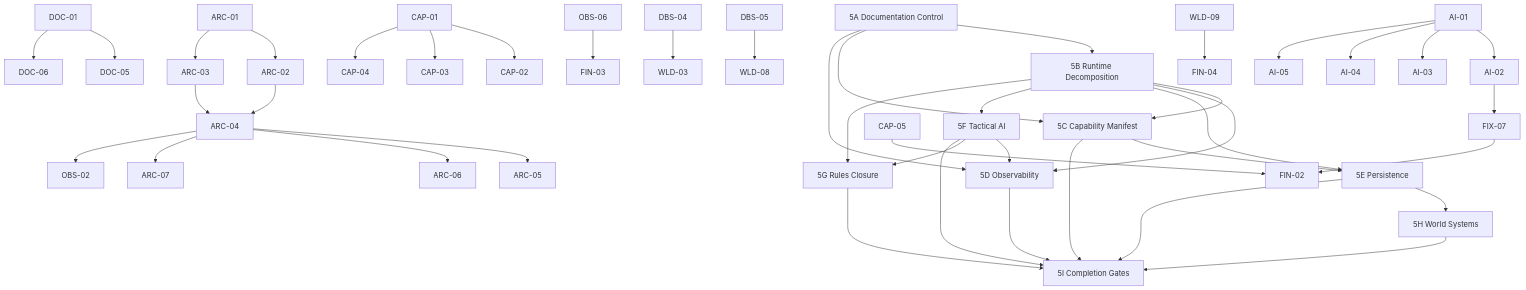
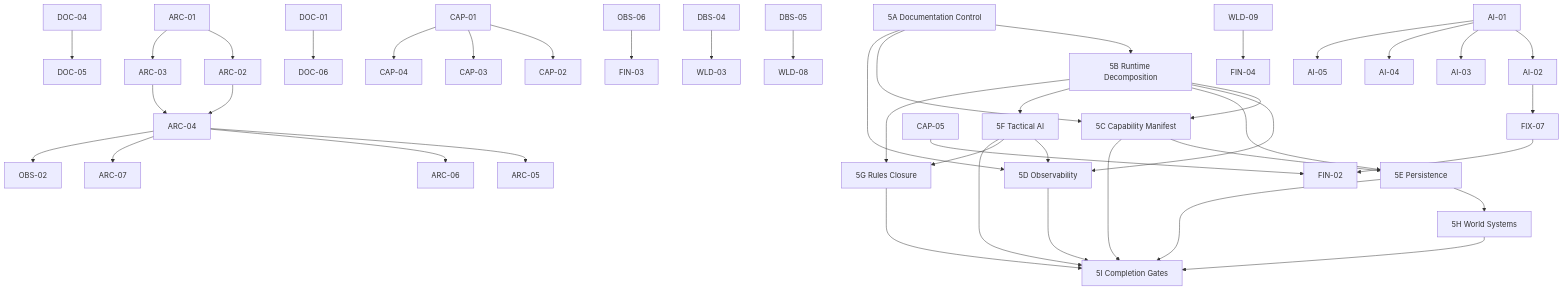
Before and after one commit to rputnam0/dnd_sim: the diagram in docs/program/dependency_graph.mmd, drawn with Mermaid. The commit also changed 2 other files, not shown here.

```diff
--- a/docs/program/dependency_graph.mmd
+++ b/docs/program/dependency_graph.mmd
@@ -1,52 +1,52 @@
 graph TD
     DOC[5A Documentation Control]
     ARC[5B Runtime Decomposition]
     CAP[5C Capability Manifest]
     OBS[5D Observability]
     DBS[5E Persistence]
     AI[5F Tactical AI]
     FIX[5G Rules Closure]
     WLD[5H World Systems]
     FIN[5I Completion Gates]
     DOC --> ARC
     DOC --> CAP
     DOC --> OBS
     ARC --> CAP
     ARC --> OBS
     ARC --> DBS
     ARC --> AI
     ARC --> FIX
     CAP --> DBS
     CAP --> FIN
     OBS --> FIN
     DBS --> WLD
     DBS --> FIN
     AI --> OBS
     AI --> FIX
     AI --> FIN
     FIX --> FIN
     WLD --> FIN
-    DOC_01[DOC-01] --> DOC_05[DOC-05]
+    DOC_04[DOC-04] --> DOC_05[DOC-05]
     DOC_01[DOC-01] --> DOC_06[DOC-06]
     ARC_01[ARC-01] --> ARC_02[ARC-02]
     ARC_01[ARC-01] --> ARC_03[ARC-03]
     ARC_02[ARC-02] --> ARC_04[ARC-04]
     ARC_03[ARC-03] --> ARC_04[ARC-04]
     ARC_04[ARC-04] --> ARC_05[ARC-05]
     ARC_04[ARC-04] --> ARC_06[ARC-06]
     ARC_04[ARC-04] --> ARC_07[ARC-07]
     ARC_04[ARC-04] --> OBS_02[OBS-02]
     CAP_01[CAP-01] --> CAP_02[CAP-02]
     CAP_01[CAP-01] --> CAP_03[CAP-03]
     CAP_01[CAP-01] --> CAP_04[CAP-04]
     CAP_05[CAP-05] --> FIN_02[FIN-02]
     OBS_06[OBS-06] --> FIN_03[FIN-03]
     DBS_04[DBS-04] --> WLD_03[WLD-03]
     DBS_05[DBS-05] --> WLD_08[WLD-08]
     WLD_09[WLD-09] --> FIN_04[FIN-04]
     AI_01[AI-01] --> AI_02[AI-02]
     AI_01[AI-01] --> AI_03[AI-03]
     AI_01[AI-01] --> AI_04[AI-04]
     AI_01[AI-01] --> AI_05[AI-05]
     AI_02[AI-02] --> FIX_07[FIX-07]
     FIX_07[FIX-07] --> FIN_02[FIN-02]
```
